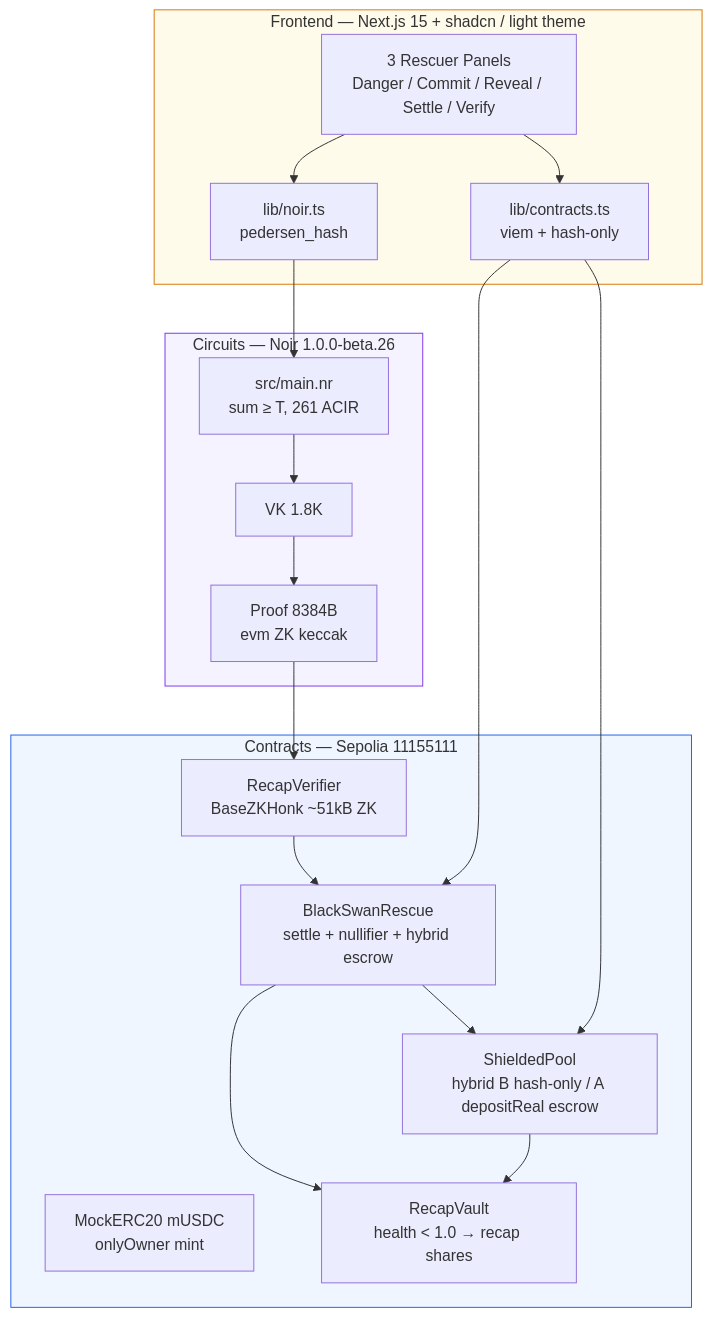
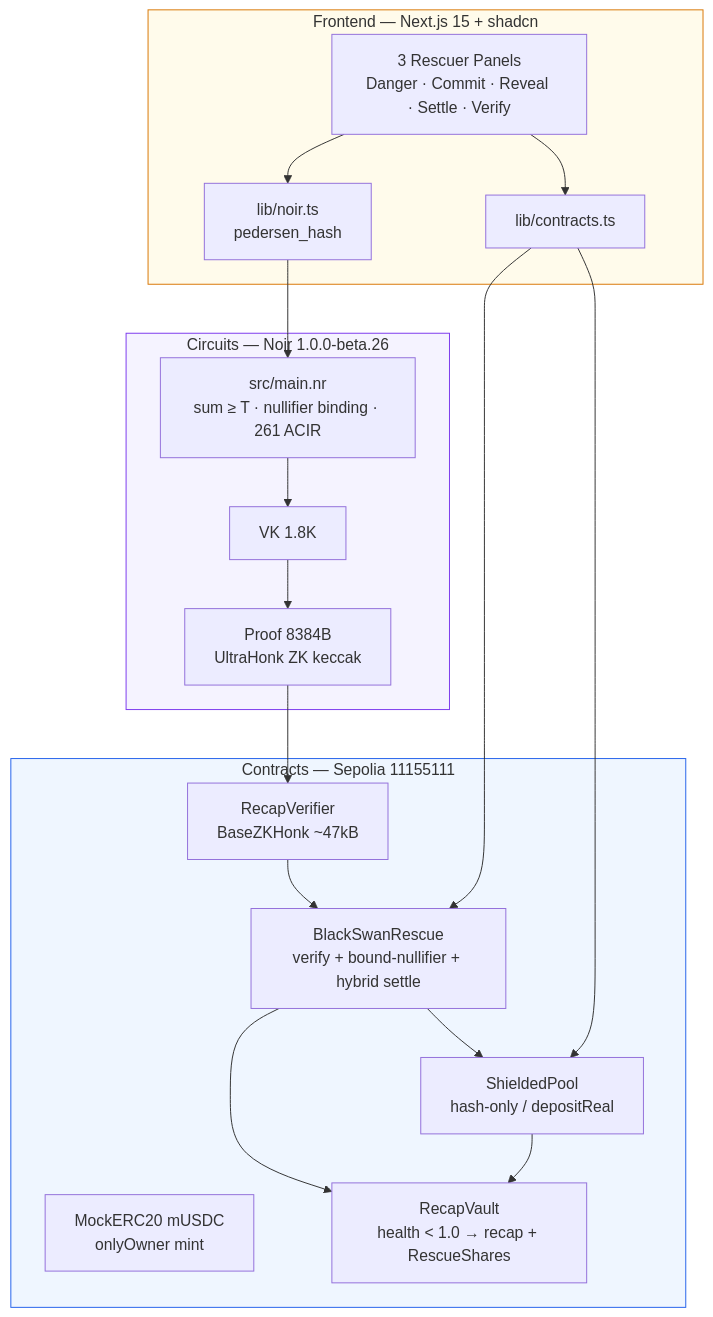
Before and after one commit to sujalmh/blackswan-relay: the third of 5 diagrams in README.md, drawn with Mermaid. The commit also changed other lines of this file, not shown here.

Commit message:
readme: v2 novelties - aggregate ZK (14 inputs, 8384B), dual escrow, nullifier-bound, mempool-agnostic

````diff
--- a/README.md
+++ b/README.md
@@ -75,34 +88,32 @@
 ```mermaid
 flowchart TB
-  subgraph FE["Frontend — Next.js 15 + shadcn / light theme"]
-    UI[3 Rescuer Panels<br/>Danger / Commit / Reveal / Settle / Verify]
+  subgraph FE["Frontend — Next.js 15 + shadcn"]
+    UI[3 Rescuer Panels<br/>Danger · Commit · Reveal · Settle · Verify]
     NoirLib[lib/noir.ts<br/>pedersen_hash]
-    ViemLib[lib/contracts.ts<br/>viem + hash-only]
+    ViemLib[lib/contracts.ts]
   end
   subgraph Circuits["Circuits — Noir 1.0.0-beta.26"]
-    CKT[src/main.nr<br/>sum ≥ T, 261 ACIR]
+    CKT[src/main.nr<br/>sum ≥ T · nullifier binding · 261 ACIR]
     VK[VK 1.8K]
-    PRF[Proof 8384B<br/>evm ZK keccak]
+    PRF[Proof 8384B<br/>UltraHonk ZK keccak]
   end
   subgraph Chain["Contracts — Sepolia 11155111"]
     ERC[MockERC20 mUSDC<br/>onlyOwner mint]
-    VAULT[RecapVault<br/>health < 1.0 → recap shares]
-    RESCUE[BlackSwanRescue<br/>settle + nullifier + hybrid escrow]
-    POOL[ShieldedPool<br/>hybrid B hash-only / A depositReal escrow]
-    VERIF[RecapVerifier<br/>BaseZKHonk ~51kB ZK]
+    VAULT[RecapVault<br/>health < 1.0 → recap + RescueShares]
+    RESCUE[BlackSwanRescue<br/>verify + bound-nullifier + hybrid settle]
+    POOL[ShieldedPool<br/>hash-only / depositReal]
+    VERIF[RecapVerifier<br/>BaseZKHonk ~47kB]
   end
-
   UI --> NoirLib
   UI --> ViemLib
   NoirLib --> CKT
   CKT --> VK --> PRF
   PRF --> VERIF --> RESCUE
   ViemLib --> RESCUE
   ViemLib --> POOL
   RESCUE --> VAULT
   RESCUE --> POOL --> VAULT
-
   style FE fill:#FFFBEB,stroke:#D97706
   style Circuits fill:#F5F3FF,stroke:#7C3AED
   style Chain fill:#EFF6FF,stroke:#2563EB
 ```
````
